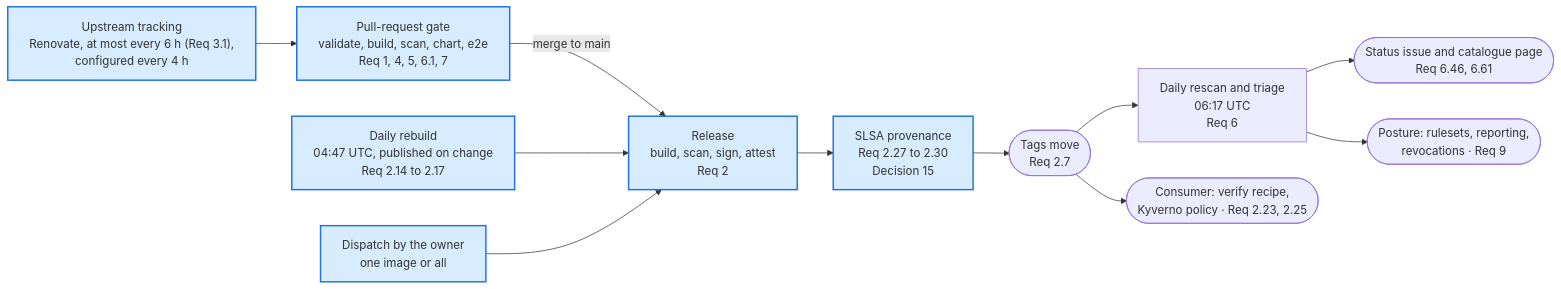
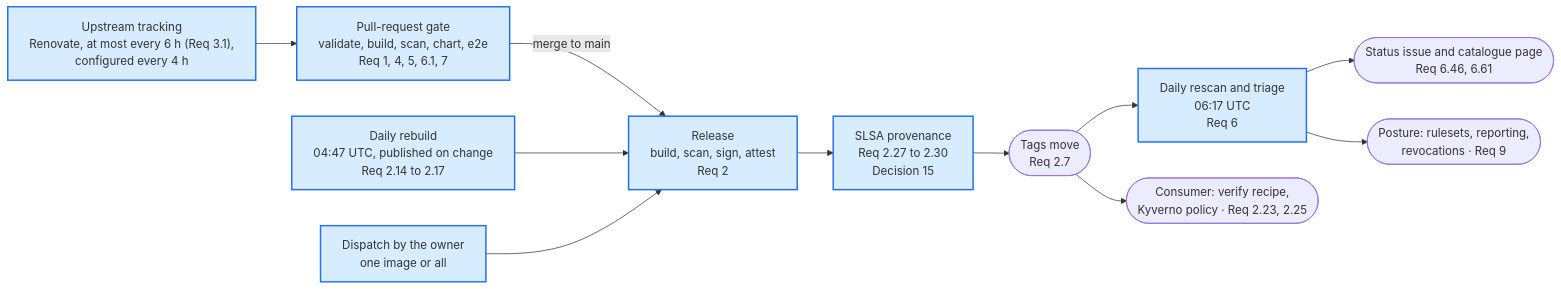
One commit to mm-weber/dhc-pipeline changed the first of 22 diagrams in docs/lanes.md. Above: the diagram before and after it, drawn with Mermaid. The commit also changed other lines of this file, not shown here.

First line of the commit message:
docs: the daily rescan and triage lane drawn (plan 5.1; task 19.6)

````diff
--- a/docs/lanes.md
+++ b/docs/lanes.md
@@ -9,16 +9,16 @@
 ```mermaid
 %%{init: {"flowchart": {"wrappingWidth": 340}}}%%
 flowchart LR
     U["Upstream tracking<br/>Renovate, at most every 6 h (Req 3.1),<br/>configured every 4 h"] --> G["Pull-request gate<br/>validate, build, scan, chart, e2e<br/>Req 1, 4, 5, 6.1, 7"]
     G -->|merge to main| R["Release<br/>build, scan, sign, attest<br/>Req 2"]
     S["Daily rebuild<br/>04:47 UTC, published on change<br/>Req 2.14 to 2.17"] --> R
     DSP["Dispatch by the owner<br/>one image or all"] --> R
     R --> P["SLSA provenance<br/>Req 2.27 to 2.30<br/>Decision 15"]
     P --> T(["Tags move<br/>Req 2.7"])
     T --> D["Daily rescan and triage<br/>06:17 UTC<br/>Req 6"]
     D --> ST(["Status issue and catalogue page<br/>Req 6.46, 6.61"])
     D --> GOV(["Posture: rulesets, reporting,<br/>revocations · Req 9"])
     T --> C(["Consumer: verify recipe,<br/>Kyverno policy · Req 2.23, 2.25"])
     classDef drawn fill:#d7ecff,stroke:#1f6feb,stroke-width:2px
-    class U,G,R,S,DSP,P drawn
+    class U,G,R,S,DSP,P,D drawn
 ```
````
